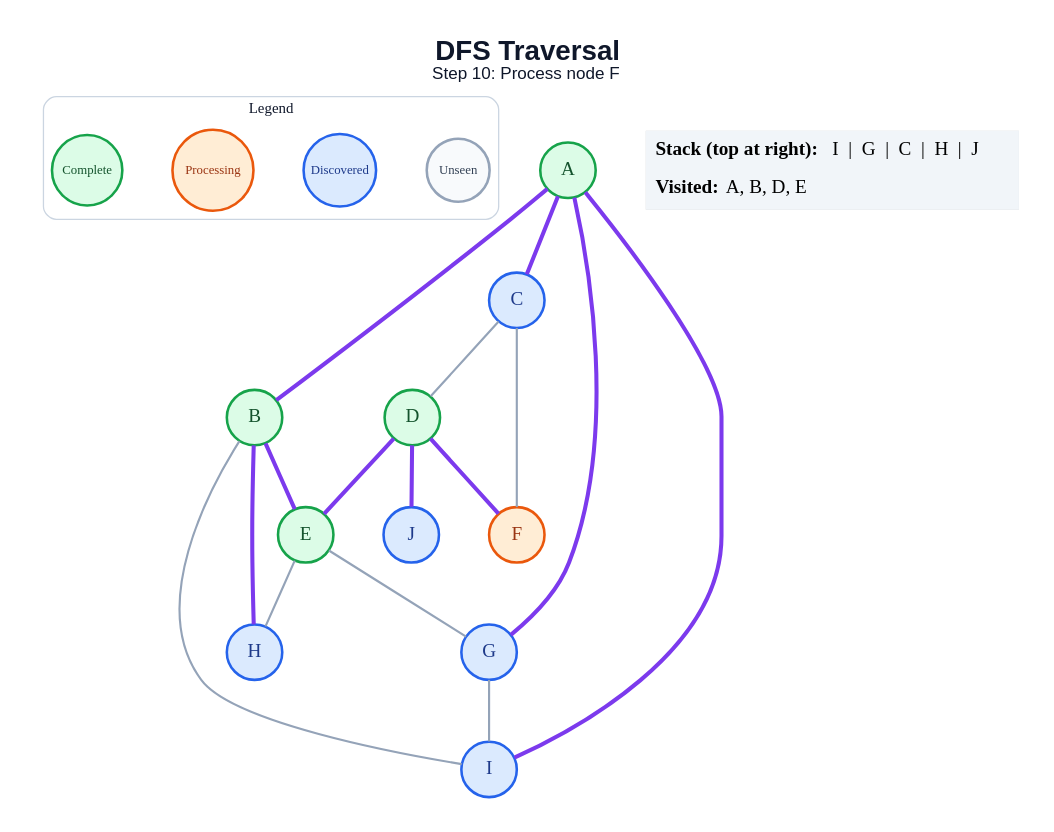
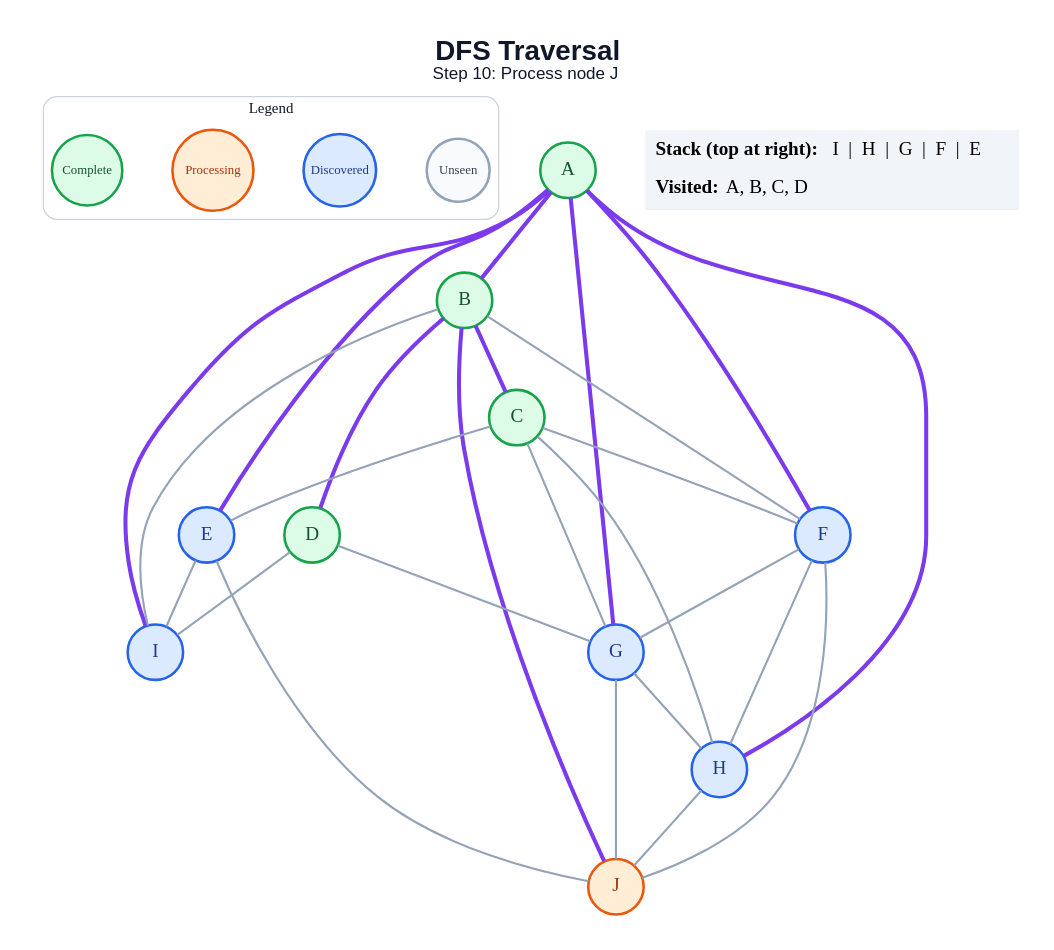
One commit to anon7238593-create/ai-slop changed the diagram in generated/dfs/step_10.dot. Above: the diagram before and after it, drawn with Graphviz. The commit also changed 178 other files, not shown here.

```diff
--- a/generated/dfs/step_10.dot
+++ b/generated/dfs/step_10.dot
@@ -1,44 +1,54 @@
 graph traversal {
   graph [layout=dot, rankdir=TB, bgcolor="#FFFFFF", pad="0.35", nodesep="0.65", ranksep="0.8", fontname="Arial"];
   node [shape=circle, style="filled", fontname="Arial Bold", fontsize=18, width=0.72, fixedsize=true, penwidth=2.4];
   edge [color="#94A3B8", penwidth=2.0];
-  label=<<B>DFS Traversal</B><BR/><FONT POINT-SIZE="16">Step 10: Process node F</FONT>>; labelloc="t"; fontsize=26; fontname="Arial"; fontcolor="#0F172A";
+  label=<<B>DFS Traversal</B><BR/><FONT POINT-SIZE="16">Step 10: Process node J</FONT>>; labelloc="t"; fontsize=26; fontname="Arial"; fontcolor="#0F172A";
   subgraph cluster_legend { label="Legend"; color="#CBD5E1"; penwidth=1.2; style="rounded"; fontsize=14; fontname="Arial Bold";
     key_unseen [label="Unseen", fillcolor="#F8FAFC", color="#94A3B8", fontcolor="#334155", fontsize=12, width=0.82];
     key_frontier [label="Discovered", fillcolor="#DBEAFE", color="#2563EB", fontcolor="#1E3A8A", fontsize=12, width=0.95];
     key_current [label="Processing", fillcolor="#FFEDD5", color="#EA580C", fontcolor="#9A3412", fontsize=12, width=1.05];
     key_done [label="Complete", fillcolor="#DCFCE7", color="#16A34A", fontcolor="#14532D", fontsize=12, width=0.92];
     { rank=same; key_unseen; key_frontier; key_current; key_done; }
   }
   A [fillcolor="#DCFCE7", color="#16A34A", fontcolor="#14532D"];
   B [fillcolor="#DCFCE7", color="#16A34A", fontcolor="#14532D"];
-  C [fillcolor="#DBEAFE", color="#2563EB", fontcolor="#1E3A8A"];
+  C [fillcolor="#DCFCE7", color="#16A34A", fontcolor="#14532D"];
   D [fillcolor="#DCFCE7", color="#16A34A", fontcolor="#14532D"];
-  E [fillcolor="#DCFCE7", color="#16A34A", fontcolor="#14532D"];
-  F [fillcolor="#FFEDD5", color="#EA580C", fontcolor="#9A3412"];
+  E [fillcolor="#DBEAFE", color="#2563EB", fontcolor="#1E3A8A"];
+  F [fillcolor="#DBEAFE", color="#2563EB", fontcolor="#1E3A8A"];
   G [fillcolor="#DBEAFE", color="#2563EB", fontcolor="#1E3A8A"];
   H [fillcolor="#DBEAFE", color="#2563EB", fontcolor="#1E3A8A"];
   I [fillcolor="#DBEAFE", color="#2563EB", fontcolor="#1E3A8A"];
-  J [fillcolor="#DBEAFE", color="#2563EB", fontcolor="#1E3A8A"];
+  J [fillcolor="#FFEDD5", color="#EA580C", fontcolor="#9A3412"];
   A -- B [color="#7C3AED", penwidth=3.8];
-  A -- C [color="#7C3AED", penwidth=3.8];
+  A -- E [color="#7C3AED", penwidth=3.8];
+  A -- F [color="#7C3AED", penwidth=3.8];
   A -- G [color="#7C3AED", penwidth=3.8];
+  A -- H [color="#7C3AED", penwidth=3.8];
   A -- I [color="#7C3AED", penwidth=3.8];
-  B -- E [color="#7C3AED", penwidth=3.8];
-  B -- H [color="#7C3AED", penwidth=3.8];
+  B -- C [color="#7C3AED", penwidth=3.8];
+  B -- D [color="#7C3AED", penwidth=3.8];
+  B -- F;
   B -- I;
-  C -- D;
+  B -- J [color="#7C3AED", penwidth=3.8];
+  C -- E;
   C -- F;
-  D -- E [color="#7C3AED", penwidth=3.8];
-  D -- F [color="#7C3AED", penwidth=3.8];
-  D -- J [color="#7C3AED", penwidth=3.8];
-  E -- G;
-  E -- H;
-  G -- I;
+  C -- G;
+  C -- H;
+  D -- G;
+  D -- I;
+  E -- I;
+  E -- J;
+  F -- G;
+  F -- H;
+  F -- J;
+  G -- H;
+  G -- J;
+  H -- J;
   status [shape=plain, fixedsize=false, width=0, height=0, margin=0, label=<
     <TABLE BORDER="0" CELLBORDER="0" CELLPADDING="7" BGCOLOR="#F1F5F9">
-      <TR><TD ALIGN="LEFT"><B>Stack (top at right):</B> I  |  G  |  C  |  H  |  J</TD></TR>
-      <TR><TD ALIGN="LEFT"><B>Visited:</B> A, B, D, E</TD></TR>
+      <TR><TD ALIGN="LEFT"><B>Stack (top at right):</B> I  |  H  |  G  |  F  |  E</TD></TR>
+      <TR><TD ALIGN="LEFT"><B>Visited:</B> A, B, C, D</TD></TR>
     </TABLE>
   >];
 }
```
